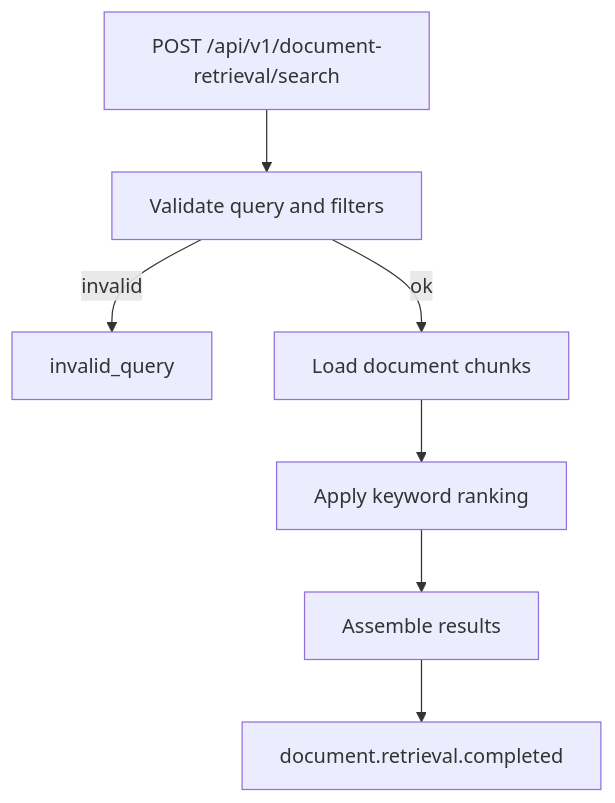
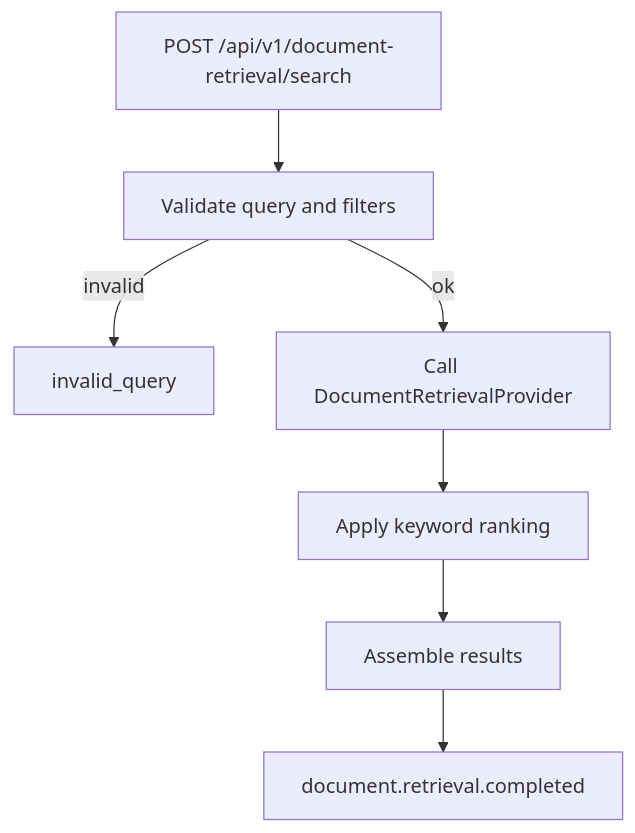
One commit to kurekako2017/vscode_study changed diagram 29 of 55 in ai-lab/ai-learn/retail-insight-ai/docs/ARCHITECTURE.md. Above: the diagram before and after it, drawn with Mermaid. The commit also changed other lines of this file and 42 other files, not shown here.

````diff
--- a/ai-lab/ai-learn/retail-insight-ai/docs/ARCHITECTURE.md
+++ b/ai-lab/ai-learn/retail-insight-ai/docs/ARCHITECTURE.md
@@ -565,9 +685,9 @@
 ```mermaid
 flowchart TD
     A[POST /api/v1/document-retrieval/search] --> B[Validate query and filters]
     B -->|invalid| X[invalid_query]
-    B -->|ok| C[Load document chunks]
+    B -->|ok| C[Call DocumentRetrievalProvider]
     C --> D[Apply keyword ranking]
     D --> E[Assemble results]
     E --> F[document.retrieval.completed]
 ```
````
